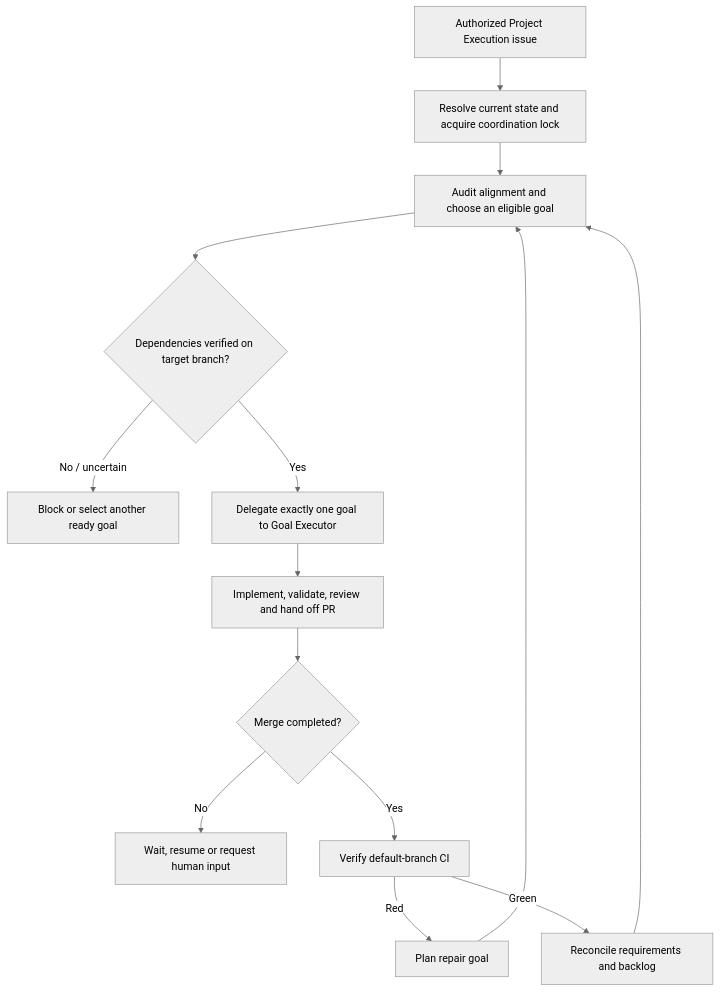
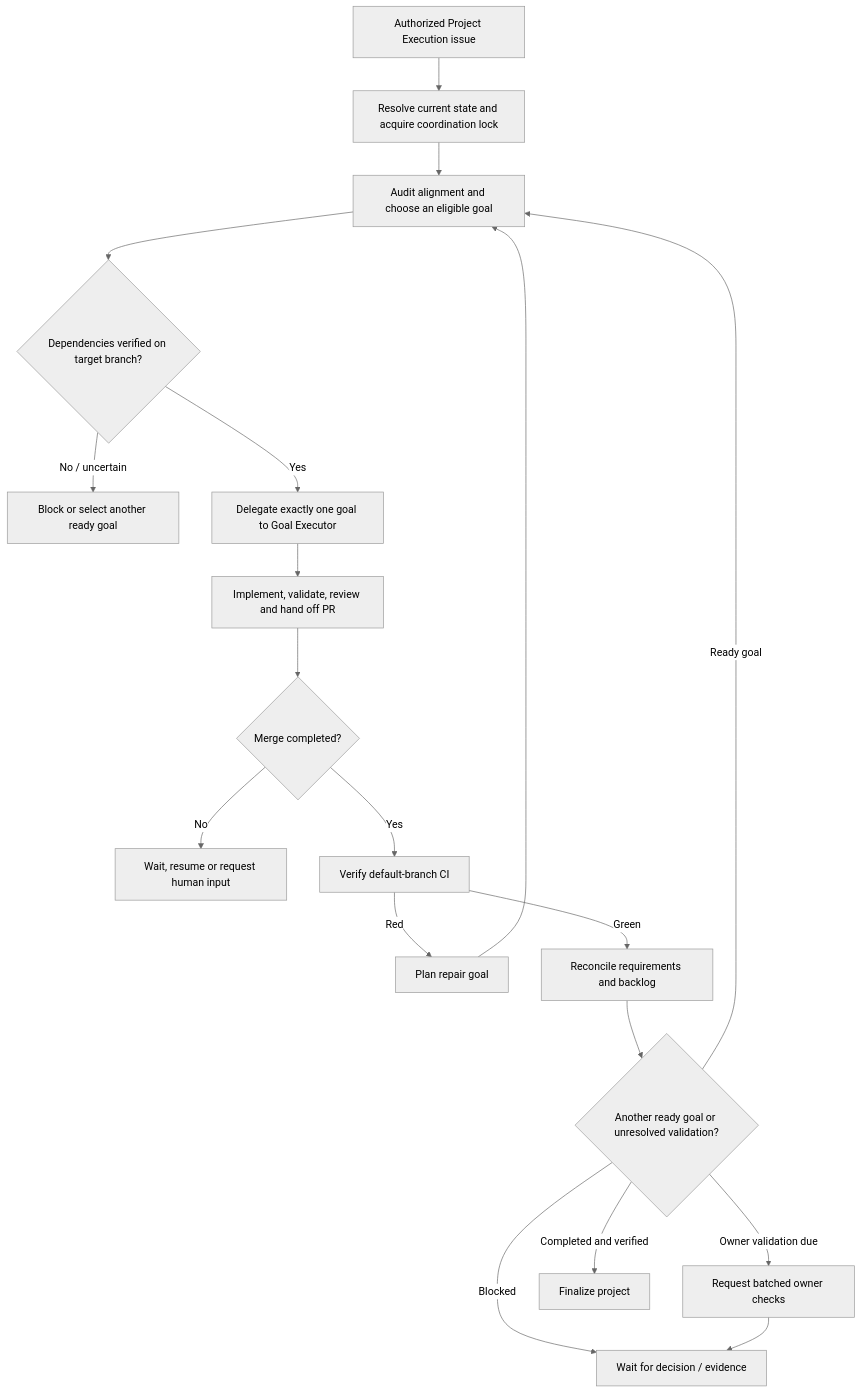
One commit to szymoniwacz/ai-project-template-adapter changed the third of 3 diagrams in docs/workflow-modes.md. Above: the diagram before and after it, drawn with Mermaid (neutral theme).

Commit message:
docs: sharpen refresh safety and project completion flow

````diff
--- a/docs/workflow-modes.md
+++ b/docs/workflow-modes.md
@@ -91,16 +91,21 @@
 ```mermaid
 flowchart TB
     A["Authorized Project Execution issue"] --> B["Resolve current state and acquire coordination lock"]
     B --> C["Audit alignment and choose an eligible goal"]
     C --> D{"Dependencies verified on target branch?"}
     D -->|"No / uncertain"| E["Block or select another ready goal"]
     D -->|"Yes"| F["Delegate exactly one goal to Goal Executor"]
     F --> G["Implement, validate, review and hand off PR"]
     G --> H{"Merge completed?"}
     H -->|"No"| I["Wait, resume or request human input"]
     H -->|"Yes"| J["Verify default-branch CI"]
     J -->|"Red"| K["Plan repair goal"]
     J -->|"Green"| L["Reconcile requirements and backlog"]
     K --> C
-    L --> C
+    L --> M{"Another ready goal or unresolved validation?"}
+    M -->|"Ready goal"| C
+    M -->|"Owner validation due"| N["Request batched owner checks"]
+    M -->|"Completed and verified"| O["Finalize project"]
+    M -->|"Blocked"| P["Wait for decision / evidence"]
+    N --> P
 ```
````
